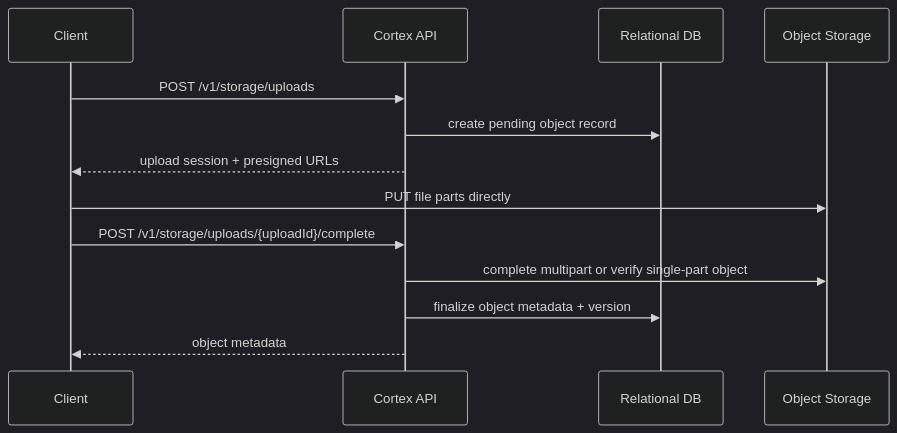
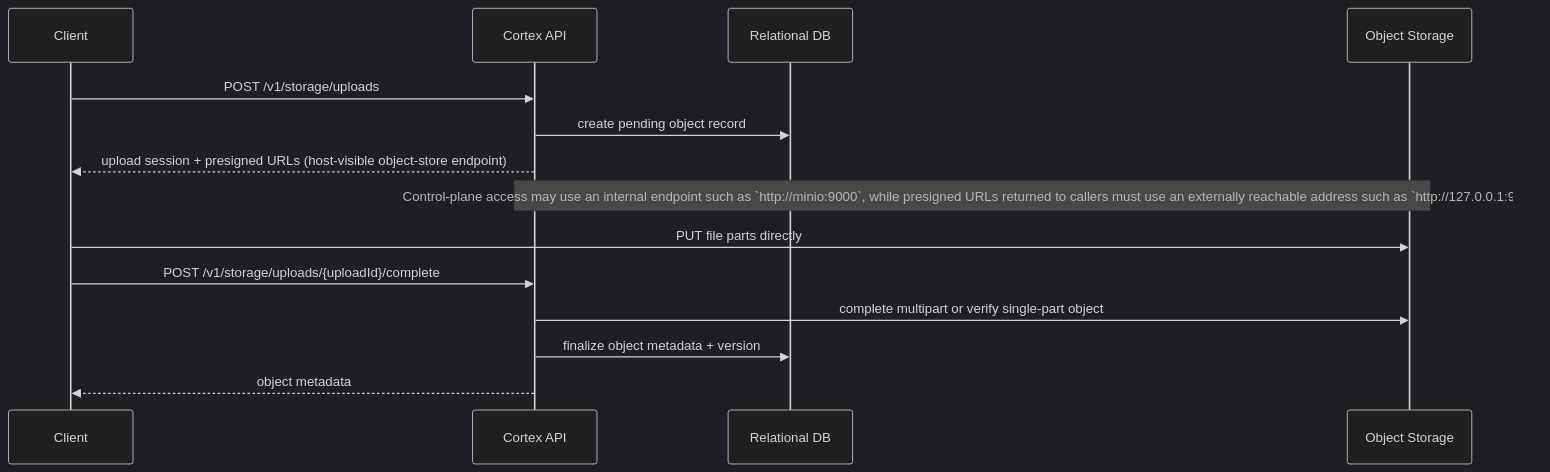
Before and after one commit to crabcanon/cortex: the fifth of 13 diagrams in specs/cortex-dfd.md, drawn with Mermaid (dark theme). The commit also changed other lines of this file and 8 other files, not shown here.

Commit message:
docs(api): document dev auth and storage upload flows

````diff
--- a/specs/cortex-dfd.md
+++ b/specs/cortex-dfd.md
@@ -317,16 +317,17 @@
 ```mermaid
 sequenceDiagram
     participant C as Client
     participant A as Cortex API
     participant DB as Relational DB
     participant O as Object Storage
 
     C->>A: POST /v1/storage/uploads
     A->>DB: create pending object record
-    A-->>C: upload session + presigned URLs
+    A-->>C: upload session + presigned URLs (host-visible object-store endpoint)
+    Note over A,O: Control-plane access may use an internal endpoint such as `http://minio:9000`, while presigned URLs returned to callers must use an externally reachable address such as `http://127.0.0.1:9000`
     C->>O: PUT file parts directly
     C->>A: POST /v1/storage/uploads/{uploadId}/complete
     A->>O: complete multipart or verify single-part object
     A->>DB: finalize object metadata + version
     A-->>C: object metadata
 ```
````
